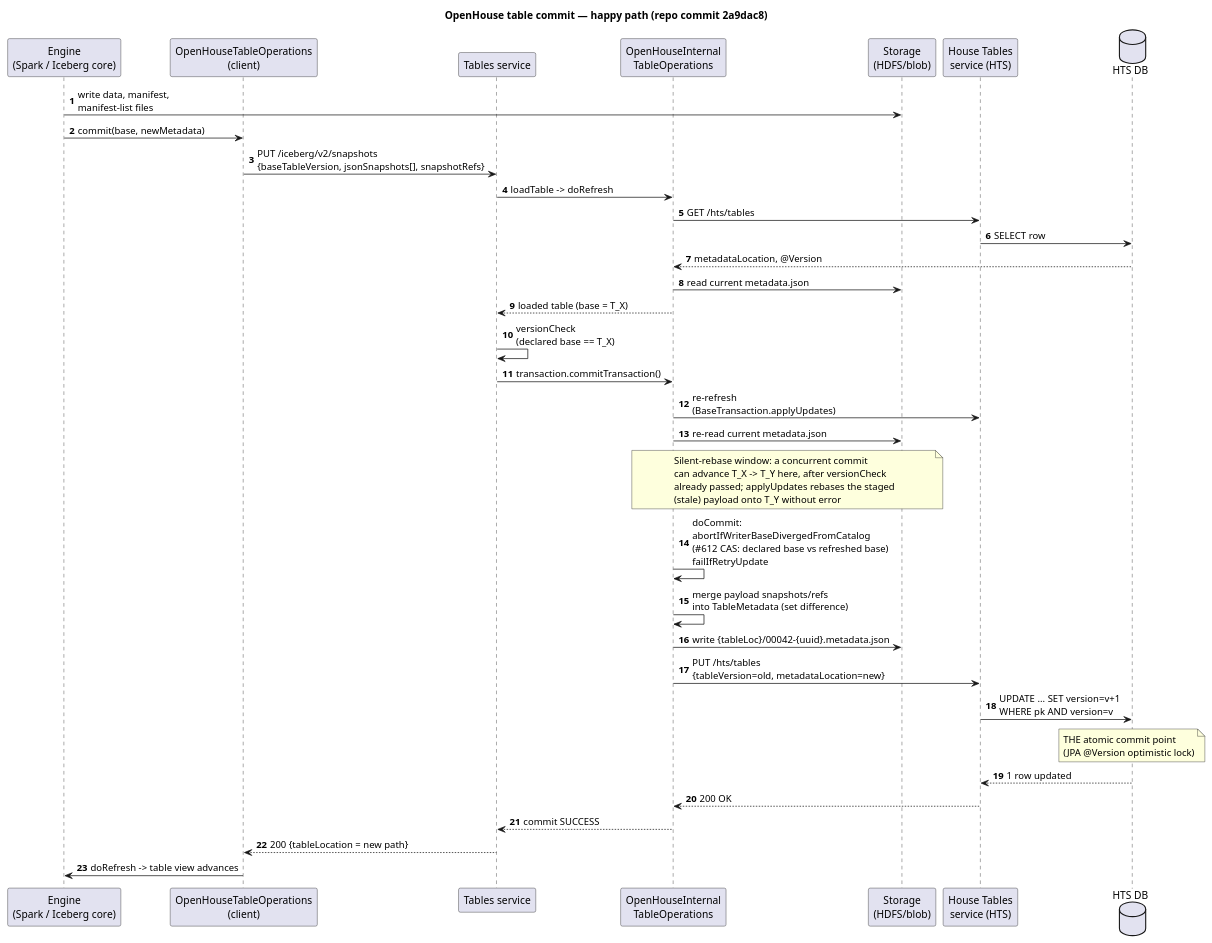
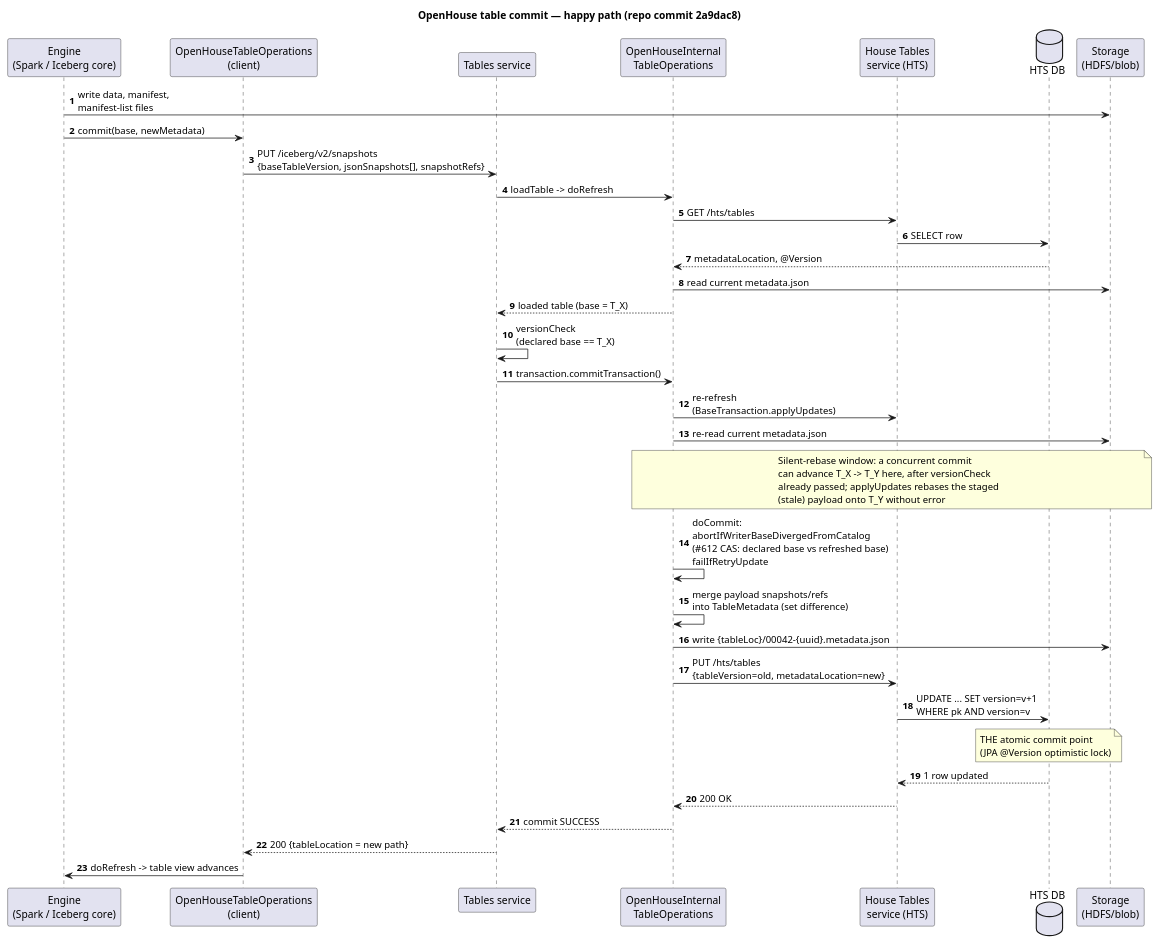
Before and after one commit to mkuchenbecker/openhouse: the first of 2 diagrams in docs/commit-protocol/sequence-diagram.puml, drawn with PlantUML. The commit also changed other lines of this file and 1 other file, not shown here.

First line of the commit message:
docs: move storage to the far right of the sequence diagrams

```diff
--- a/docs/commit-protocol/sequence-diagram.puml
+++ b/docs/commit-protocol/sequence-diagram.puml
@@ -1,39 +1,39 @@
 @startuml openhouse-commit-happy-path
 title OpenHouse table commit — happy path (repo commit 2a9dac8)
 
 participant "Engine\n(Spark / Iceberg core)" as ENG
 participant "OpenHouseTableOperations\n(client)" as OHC
 participant "Tables service" as TS
 participant "OpenHouseInternal\nTableOperations" as ITO
-participant "Storage\n(HDFS/blob)" as ST
 participant "House Tables\nservice (HTS)" as HTS
 database "HTS DB" as DB
+participant "Storage\n(HDFS/blob)" as ST
 
 autonumber
 
 ENG -> ST : write data, manifest,\nmanifest-list files
 ENG -> OHC : commit(base, newMetadata)
 OHC -> TS : PUT /iceberg/v2/snapshots\n{baseTableVersion, jsonSnapshots[], snapshotRefs}
 TS -> ITO : loadTable -> doRefresh
 ITO -> HTS : GET /hts/tables
 HTS -> DB : SELECT row
 DB --> ITO : metadataLocation, @Version
 ITO -> ST : read current metadata.json
 ITO --> TS : loaded table (base = T_X)
 TS -> TS : versionCheck\n(declared base == T_X)
 TS -> ITO : transaction.commitTransaction()
 ITO -> HTS : re-refresh\n(BaseTransaction.applyUpdates)
 ITO -> ST : re-read current metadata.json
 note over ITO, ST : Silent-rebase window: a concurrent commit\ncan advance T_X -> T_Y here, after versionCheck\nalready passed; applyUpdates rebases the staged\n(stale) payload onto T_Y without error
 ITO -> ITO : doCommit:\nabortIfWriterBaseDivergedFromCatalog\n(#612 CAS: declared base vs refreshed base)\nfailIfRetryUpdate
 ITO -> ITO : merge payload snapshots/refs\ninto TableMetadata (set difference)
 ITO -> ST : write {tableLoc}/00042-{uuid}.metadata.json
 ITO -> HTS : PUT /hts/tables\n{tableVersion=old, metadataLocation=new}
 HTS -> DB : UPDATE ... SET version=v+1\nWHERE pk AND version=v
 note over DB : THE atomic commit point\n(JPA @Version optimistic lock)
 DB --> HTS : 1 row updated
 HTS --> ITO : 200 OK
 ITO --> TS : commit SUCCESS
 TS --> OHC : 200 {tableLocation = new path}
 OHC -> ENG : doRefresh -> table view advances
 @enduml
```
